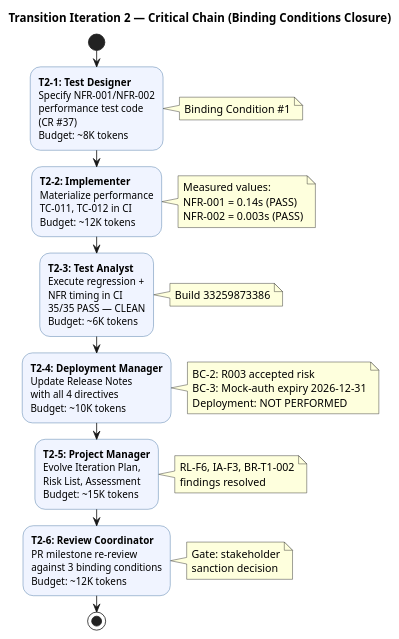
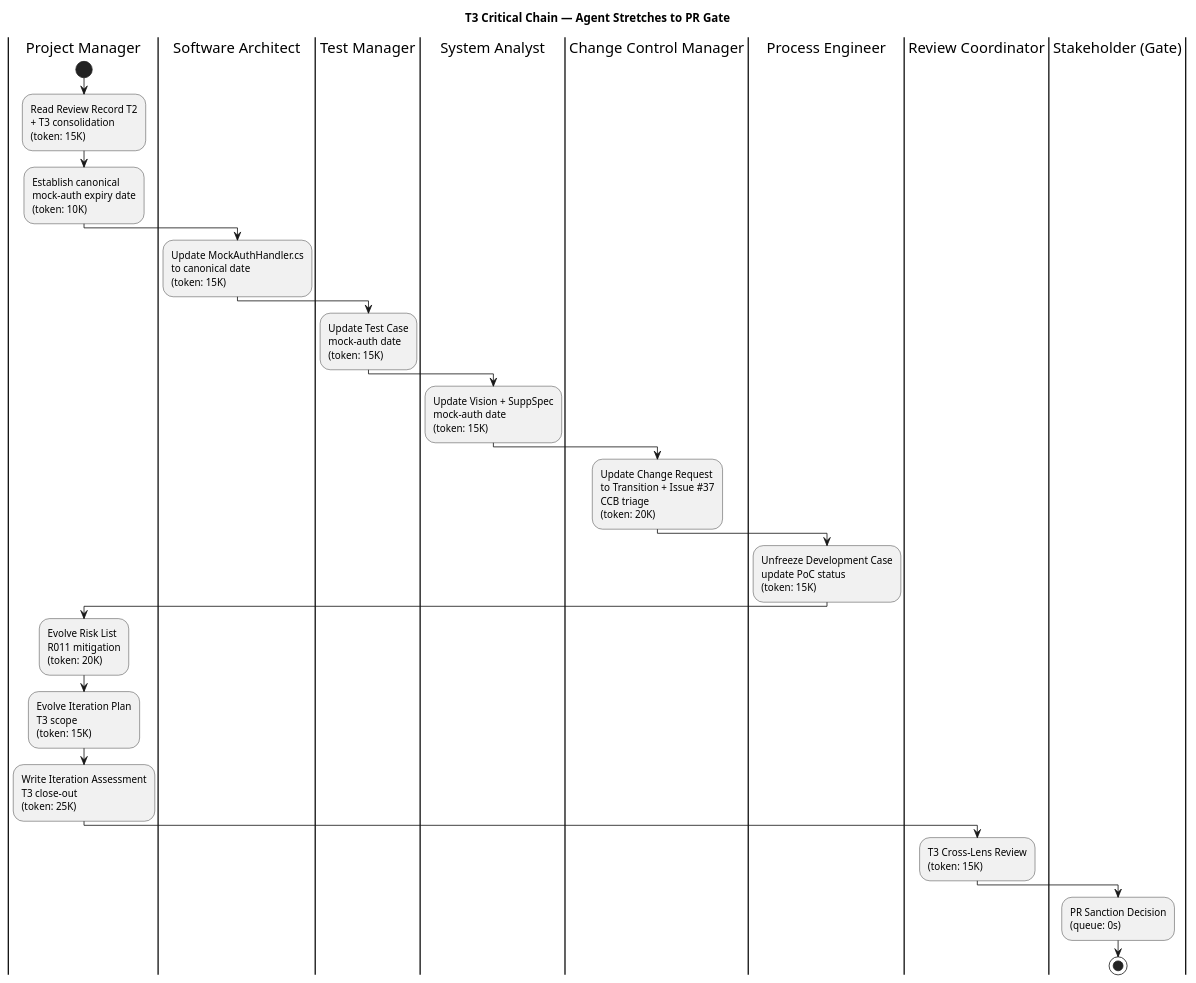
The second of 2 diagrams in docs/artifacts/project-management/iteration-plan.md (banense-test/portal-cuba-corp), drawn with PlantUML before and after one commit. The commit also changed other lines of this file, not shown here.

First line of the commit message:
Project Manager [T2]: upsert Iteration Plan

````diff
--- a/docs/artifacts/project-management/iteration-plan.md
+++ b/docs/artifacts/project-management/iteration-plan.md
@@ -92,32 +74,38 @@
 ```plantuml
 @startuml
-title Transition Iteration 2 — Critical Chain (Binding Conditions Closure)
+title T3 Critical Chain — Agent Stretches to PR Gate
 
-skinparam activityBackgroundColor #F0F4FF
-skinparam activityBorderColor #336699
-skinparam shadowing false
+|Project Manager|
+start
+:Read Review Record T2\n+ T3 consolidation\n(token: 15K);
+:Establish canonical\nmock-auth expiry date\n(token: 10K);
 
-start
+|Software Architect|
+:Update MockAuthHandler.cs\nto canonical date\n(token: 15K);
 
-:**T2-1: Test Designer**\nSpecify NFR-001/NFR-002\nperformance test code\n(CR #37)\nBudget: ~8K tokens;
-note right: Binding Condition #1
+|Test Manager|
+:Update Test Case\nmock-auth date\n(token: 15K);
 
-:**T2-2: Implementer**\nMaterialize performance\nTC-011, TC-012 in CI\nBudget: ~12K tokens;
-note right: Measured values:\nNFR-001 = 0.14s (PASS)\nNFR-002 = 0.003s (PASS)
+|System Analyst|
+:Update Vision + SuppSpec\nmock-auth date\n(token: 15K);
 
-:**T2-3: Test Analyst**\nExecute regression +\nNFR timing in CI\n35/35 PASS — CLEAN\nBudget: ~6K tokens;
-note right: Build 33259873386
+|Change Control Manager|
+:Update Change Request\nto Transition + Issue #37\nCCB triage\n(token: 20K);
 
-:**T2-4: Deployment Manager**\nUpdate Release Notes\nwith all 4 directives\nBudget: ~10K tokens;
-note right: BC-2: R003 accepted risk\nBC-3: Mock-auth expiry 2026-12-31\nDeployment: NOT PERFORMED
+|Process Engineer|
+:Unfreeze Development Case\nupdate PoC status\n(token: 15K);
 
-:**T2-5: Project Manager**\nEvolve Iteration Plan,\nRisk List, Assessment\nBudget: ~15K tokens;
-note right: RL-F6, IA-F3, BR-T1-002\nfindings resolved
+|Project Manager|
+:Evolve Risk List\nR011 mitigation\n(token: 20K);
+:Evolve Iteration Plan\nT3 scope\n(token: 15K);
+:Write Iteration Assessment\nT3 close-out\n(token: 25K);
 
-:**T2-6: Review Coordinator**\nPR milestone re-review\nagainst 3 binding conditions\nBudget: ~12K tokens;
-note right: Gate: stakeholder\nsanction decision
+|Review Coordinator|
+:T3 Cross-Lens Review\n(token: 15K);
 
+|Stakeholder (Gate)|
+:PR Sanction Decision\n(queue: 0s);
 stop
 
 @enduml
 ```
````
